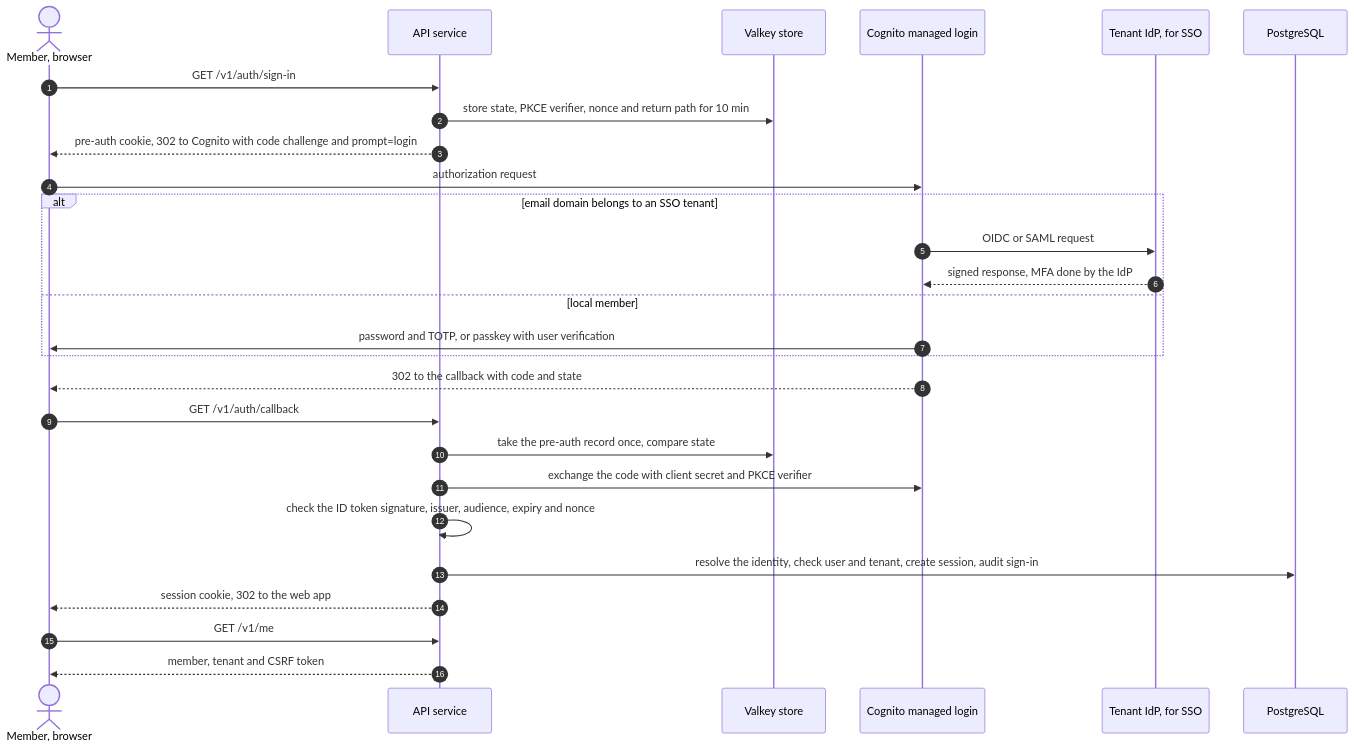
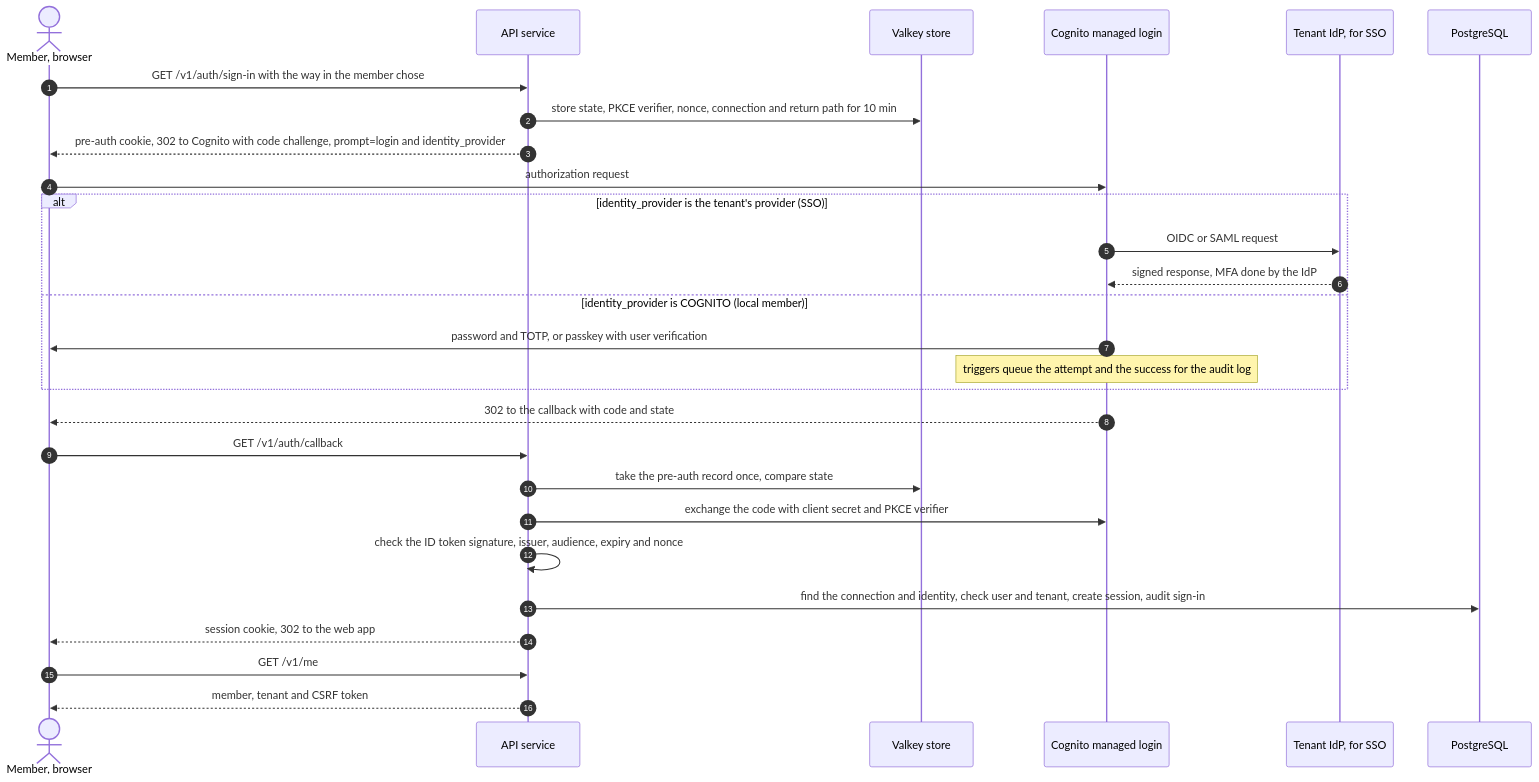
The first of 2 diagrams in docs/security/authn-authz.md (codewithmuh/secure-file-transfer), drawn with Mermaid before and after one commit. The commit also changed other lines of this file, not shown here.

Commit message:
docs: address code review on authentication and authorization (#23)

````diff
--- a/docs/security/authn-authz.md
+++ b/docs/security/authn-authz.md
@@ -89,29 +93,30 @@
 ```mermaid
 sequenceDiagram
     autonumber
     actor M as Member, browser
     participant API as API service
     participant KV as Valkey store
     participant C as Cognito managed login
     participant IdP as Tenant IdP, for SSO
     participant DB as PostgreSQL
-    M->>API: GET /v1/auth/sign-in
-    API->>KV: store state, PKCE verifier, nonce and return path for 10 min
-    API-->>M: pre-auth cookie, 302 to Cognito with code challenge and prompt=login
+    M->>API: GET /v1/auth/sign-in with the way in the member chose
+    API->>KV: store state, PKCE verifier, nonce, connection and return path for 10 min
+    API-->>M: pre-auth cookie, 302 to Cognito with code challenge, prompt=login and identity_provider
     M->>C: authorization request
-    alt email domain belongs to an SSO tenant
+    alt identity_provider is the tenant's provider (SSO)
         C->>IdP: OIDC or SAML request
         IdP-->>C: signed response, MFA done by the IdP
-    else local member
+    else identity_provider is COGNITO (local member)
         C->>M: password and TOTP, or passkey with user verification
+        Note over C: triggers queue the attempt and the success for the audit log
     end
     C-->>M: 302 to the callback with code and state
     M->>API: GET /v1/auth/callback
     API->>KV: take the pre-auth record once, compare state
     API->>C: exchange the code with client secret and PKCE verifier
     API->>API: check the ID token signature, issuer, audience, expiry and nonce
-    API->>DB: resolve the identity, check user and tenant, create session, audit sign-in
+    API->>DB: find the connection and identity, check user and tenant, create session, audit sign-in
     API-->>M: session cookie, 302 to the web app
     M->>API: GET /v1/me
     API-->>M: member, tenant and CSRF token
 ```
````
